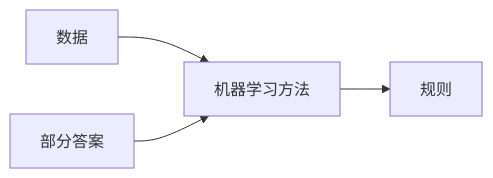
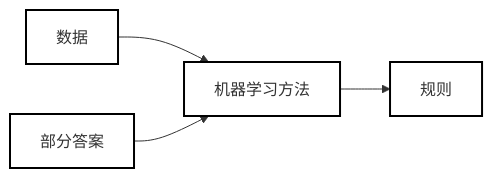
The second of 2 diagrams in docs/zh/机器学习入门-基础流程.md (linyuxuanlin/Wiki_MkDocs), drawn with Mermaid before and after one commit. The commit also changed other lines of this file, not shown here.

````diff
--- a/docs/zh/机器学习入门-基础流程.md
+++ b/docs/zh/机器学习入门-基础流程.md
@@ -23,6 +15,7 @@
 ```mermaid
-  graph LR;
+flowchart LR
+  classDef default fill:#fff,stroke:#000,stroke-width:2px,font-size:16px,fill: white
       数据-->机器学习方法;
       部分答案-->机器学习方法;
       机器学习方法-->规则;
 ```
````
